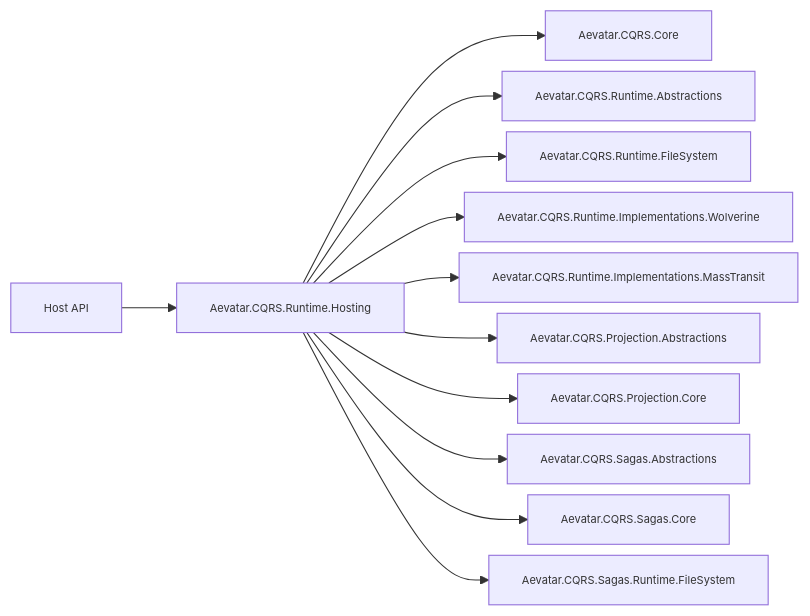
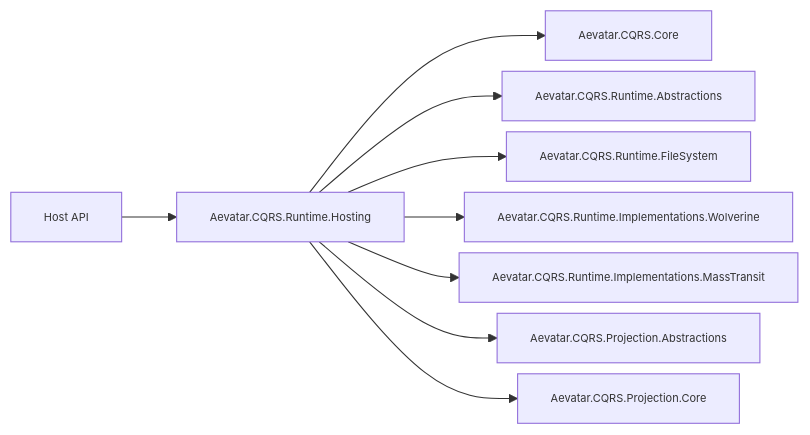
Before and after one commit to aevatarAI/aevatar: the first of 5 diagrams in docs/CQRS_ARCHITECTURE.md, drawn with Mermaid. The commit also changed other lines of this file and 50 other files, not shown here.

First line of the commit message:
Remove Saga components and related documentation from Aevatar architecture

````diff
--- a/docs/CQRS_ARCHITECTURE.md
+++ b/docs/CQRS_ARCHITECTURE.md
@@ -38,15 +37,12 @@
 ```mermaid
 %%{init: {"maxTextSize": 100000, "flowchart": {"useMaxWidth": false, "nodeSpacing": 10, "rankSpacing": 50}, "themeVariables": {"fontSize": "10px"}}}%%
 flowchart LR
   H["Host API"] --> RH["Aevatar.CQRS.Runtime.Hosting"]
   RH --> CC["Aevatar.CQRS.Core"]
   RH --> RA["Aevatar.CQRS.Runtime.Abstractions"]
   RH --> RF["Aevatar.CQRS.Runtime.FileSystem"]
   RH --> RW["Aevatar.CQRS.Runtime.Implementations.Wolverine"]
   RH --> RM["Aevatar.CQRS.Runtime.Implementations.MassTransit"]
   RH --> PA["Aevatar.CQRS.Projection.Abstractions"]
   RH --> PC["Aevatar.CQRS.Projection.Core"]
-  RH --> SA["Aevatar.CQRS.Sagas.Abstractions"]
-  RH --> SC["Aevatar.CQRS.Sagas.Core"]
-  RH --> SF["Aevatar.CQRS.Sagas.Runtime.FileSystem"]
 ```
````
